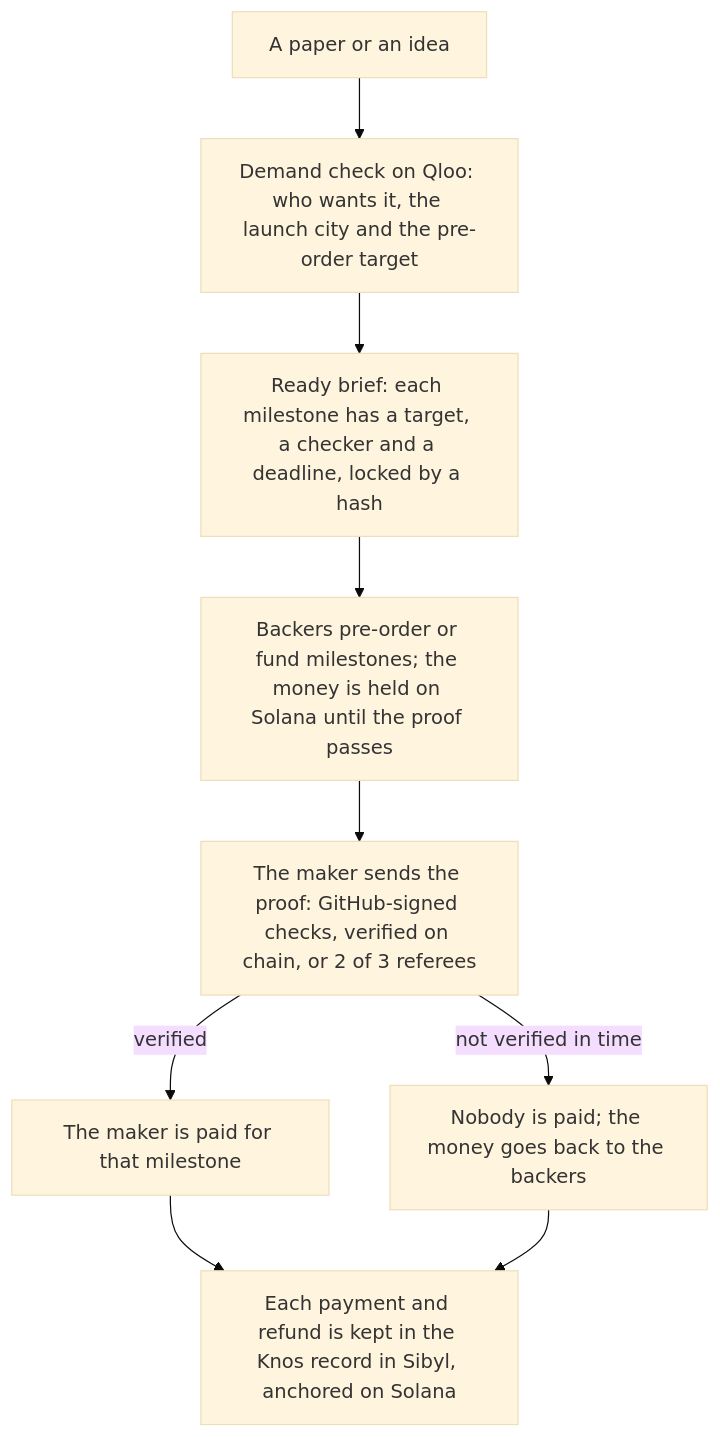
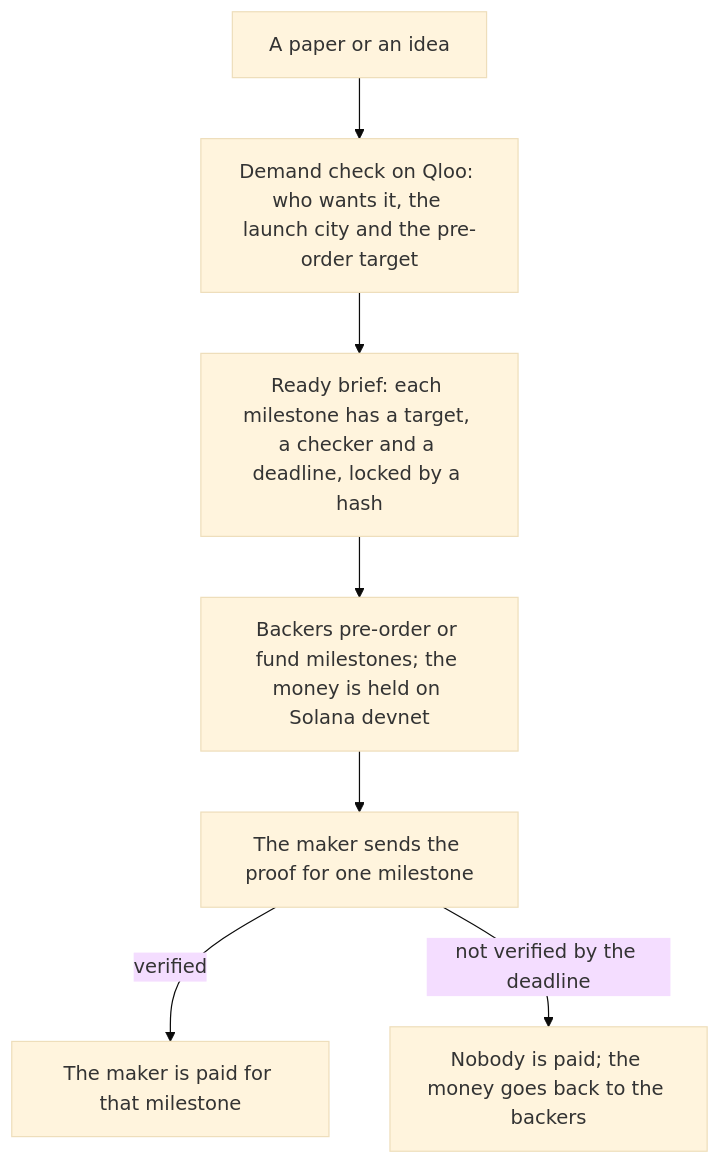
Before and after one commit to drexthealpha/Knos: the first of 2 diagrams in README.md, drawn with Mermaid (base theme). The commit also changed other lines of this file and 673 other files, not shown here.

Commit message:
One product in every public text: no stored Qloo answers on Pages, the plain words, the valley flow first, live links only

````diff
--- a/README.md
+++ b/README.md
@@ -21,11 +21,9 @@
 ```mermaid
 flowchart TB
     idea["A paper or an idea"] --> demand["Demand check on Qloo: who wants it, the launch city and the pre-order target"]
     demand --> ready["Ready brief: each milestone has a target, a checker and a deadline, locked by a hash"]
-    ready --> held["Backers pre-order or fund milestones; the money is held on Solana until the proof passes"]
-    held --> proof["The maker sends the proof: GitHub-signed checks, verified on chain, or 2 of 3 referees"]
+    ready --> held["Backers pre-order or fund milestones; the money is held on Solana devnet"]
+    held --> proof["The maker sends the proof for one milestone"]
     proof -->|verified| paid["The maker is paid for that milestone"]
-    proof -->|not verified in time| back["Nobody is paid; the money goes back to the backers"]
-    paid --> record["Each payment and refund is kept in the Knos record in Sibyl, anchored on Solana"]
-    back --> record
+    proof -->|not verified by the deadline| back["Nobody is paid; the money goes back to the backers"]
 ```
````
